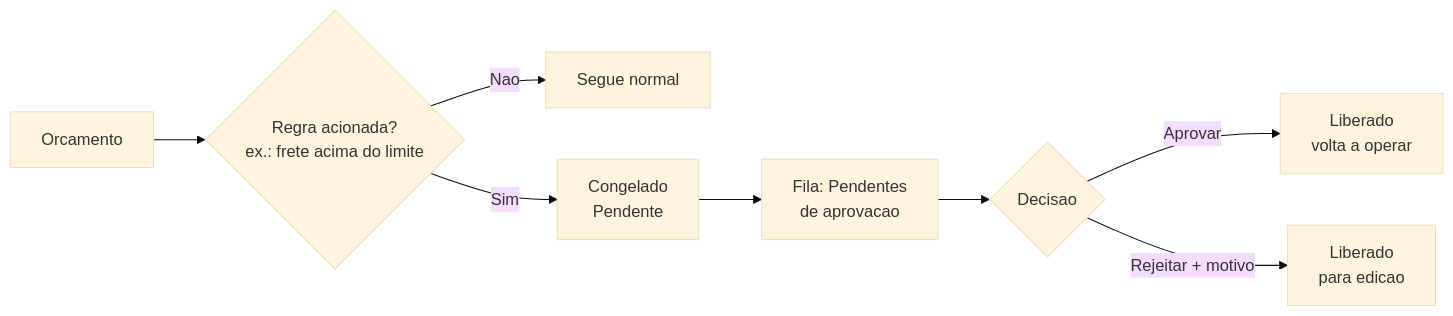
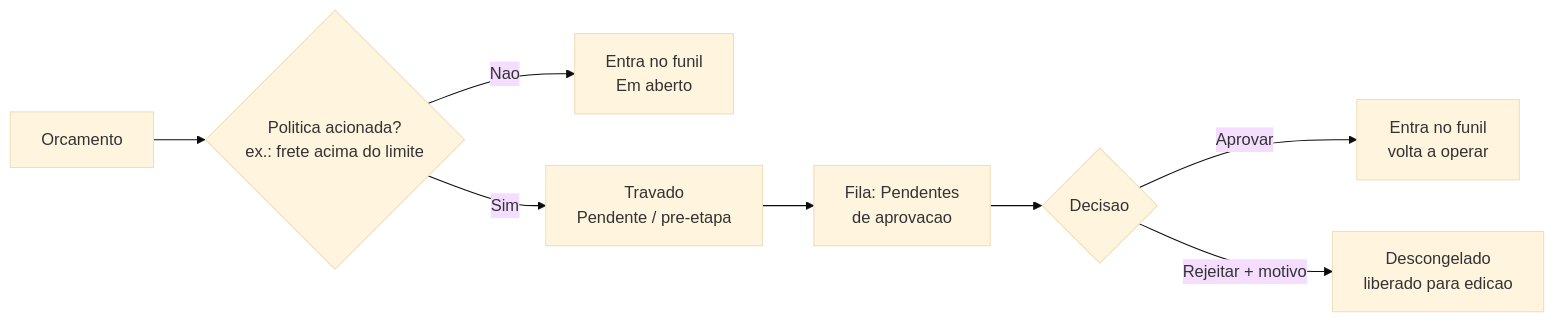
Before and after one commit to LocFlowTeam/locflow-docs: the diagram in orcamentos/aprovacao.md, drawn with Mermaid (base theme). The commit also changed other lines of this file and 15 other files, not shown here.

````diff
--- a/orcamentos/aprovacao.md
+++ b/orcamentos/aprovacao.md
@@ -16,10 +47,10 @@
 ```mermaid
 flowchart LR
-    A[Orcamento] --> B{Regra acionada?<br/>ex.: frete acima do limite}
-    B -->|Nao| N[Segue normal]
-    B -->|Sim| P[Congelado<br/>Pendente]
+    A[Orcamento] --> B{Politica acionada?<br/>ex.: frete acima do limite}
+    B -->|Nao| N[Entra no funil<br/>Em aberto]
+    B -->|Sim| P[Travado<br/>Pendente / pre-etapa]
     P --> F[Fila: Pendentes<br/>de aprovacao]
     F --> D{Decisao}
-    D -->|Aprovar| AP[Liberado<br/>volta a operar]
-    D -->|Rejeitar + motivo| RJ[Liberado<br/>para edicao]
+    D -->|Aprovar| AP[Entra no funil<br/>volta a operar]
+    D -->|Rejeitar + motivo| RJ[Descongelado<br/>liberado para edicao]
 ```
````
